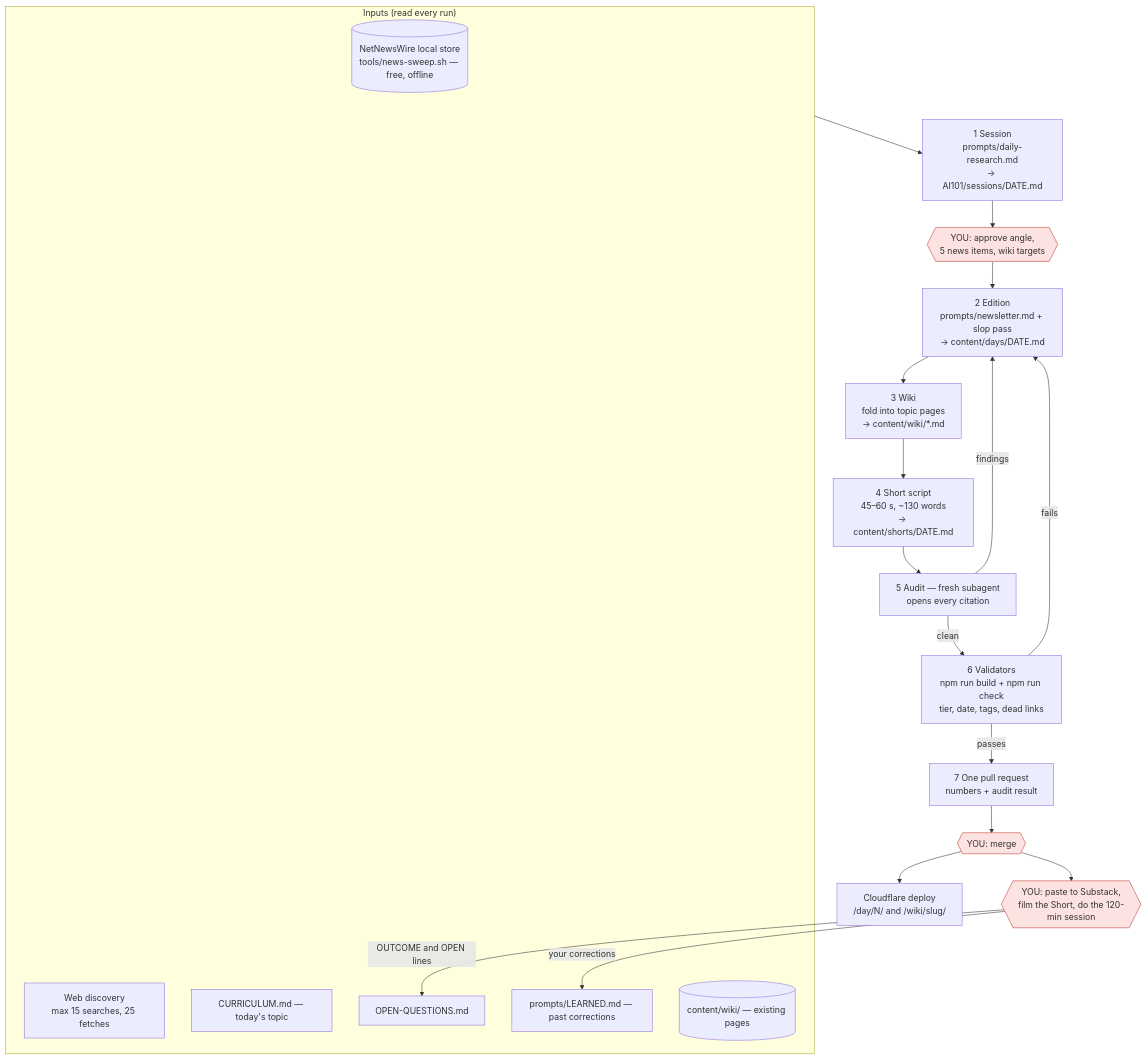
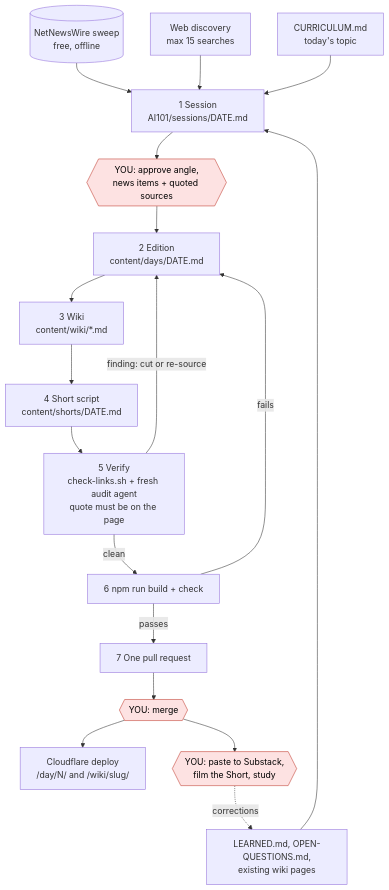
Before and after one commit to jpysh/jains.es: the diagram in AI101/WORKFLOW.md, drawn with Mermaid. The commit also changed other lines of this file and 3 other files, not shown here.

First line of the commit message:
Verify every source before publishing; fix the workflow diagram

````diff
--- a/AI101/WORKFLOW.md
+++ b/AI101/WORKFLOW.md
@@ -6,35 +7,24 @@
 ```mermaid
 flowchart TD
-    subgraph IN["Inputs (read every run)"]
-        NNW[("NetNewsWire local store<br/>tools/news-sweep.sh — free, offline")]
-        WEB["Web discovery<br/>max 15 searches, 25 fetches"]
-        CUR["CURRICULUM.md — today's topic"]
-        OQ["OPEN-QUESTIONS.md"]
-        LRN["prompts/LEARNED.md — past corrections"]
-        WIKI0[("content/wiki/ — existing pages")]
-    end
+    NNW[("NetNewsWire sweep<br/>free, offline")] --> S1
+    WEB["Web discovery<br/>max 15 searches"] --> S1
+    CUR["CURRICULUM.md<br/>today's topic"] --> S1
+    CTX["LEARNED.md, OPEN-QUESTIONS.md,<br/>existing wiki pages"] --> S1
 
-    S1["1 Session<br/>prompts/daily-research.md<br/>→ AI101/sessions/DATE.md"]
-    H1{{"YOU: approve angle,<br/>5 news items, wiki targets"}}
-    S2["2 Edition<br/>prompts/newsletter.md + slop pass<br/>→ content/days/DATE.md"]
-    S3["3 Wiki<br/>fold into topic pages<br/>→ content/wiki/*.md"]
-    S4["4 Short script<br/>45–60 s, ~130 words<br/>→ content/shorts/DATE.md"]
-    A["5 Audit — fresh subagent<br/>opens every citation"]
-    B["6 Validators<br/>npm run build + npm run check<br/>tier, date, tags, dead links"]
-    PR["7 One pull request<br/>numbers + audit result"]
-    H2{{"YOU: merge"}}
-    H3{{"YOU: paste to Substack,<br/>film the Short, do the 120-min session"}}
-    OUT["Cloudflare deploy<br/>/day/N/ and /wiki/slug/"]
+    S1["1 Session<br/>AI101/sessions/DATE.md"] --> H1{{"YOU: approve angle,<br/>news items + quoted sources"}}
+    H1 --> S2["2 Edition<br/>content/days/DATE.md"]
+    S2 --> S3["3 Wiki<br/>content/wiki/*.md"]
+    S3 --> S4["4 Short script<br/>content/shorts/DATE.md"]
+    S4 --> V["5 Verify<br/>check-links.sh + fresh audit agent<br/>quote must be on the page"]
+    V -- "finding: cut or re-source" --> S2
+    V -- clean --> B["6 npm run build + check"]
+    B -- fails --> S2
+    B -- passes --> PR["7 One pull request"]
+    PR --> H2{{"YOU: merge"}}
+    H2 --> OUT["Cloudflare deploy<br/>/day/N/ and /wiki/slug/"]
+    H2 --> H3{{"YOU: paste to Substack,<br/>film the Short, study"}}
+    H3 -. "corrections" .-> CTX
 
-    IN --> S1 --> H1 --> S2 --> S3 --> S4 --> A
-    A -- findings --> S2
-    A -- clean --> B
-    B -- fails --> S2
-    B -- passes --> PR --> H2 --> OUT
-    H2 --> H3
-    H3 -- "your corrections" --> LRN
-    H3 -- "OUTCOME and OPEN lines" --> OQ
-
-    classDef human fill:#fde2e2,stroke:#c0392b
+    classDef human fill:#fde2e2,stroke:#c0392b,color:#000
     class H1,H2,H3 human
 ```
````
